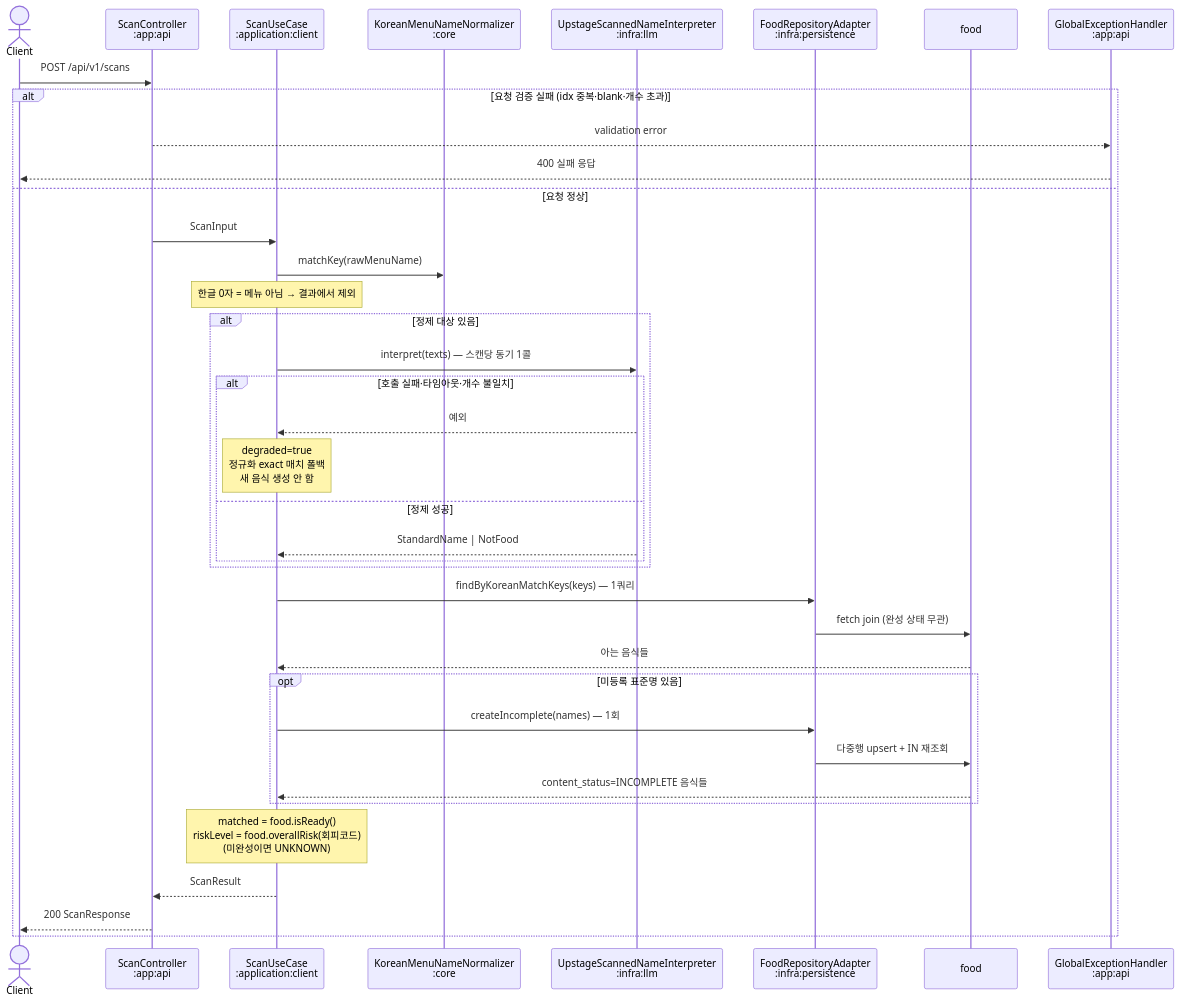
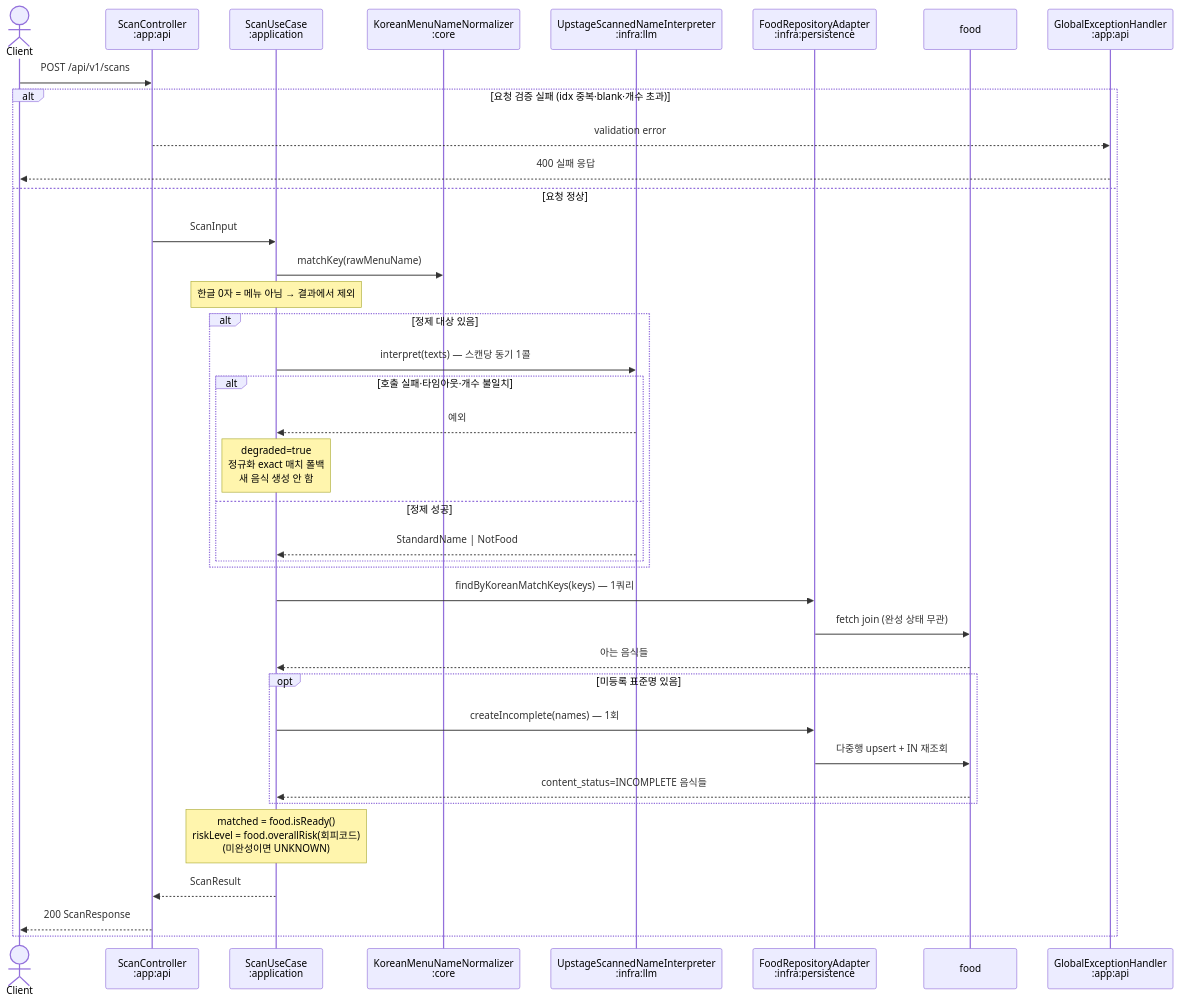
The third of 3 diagrams in docs/architecture/api-request-flows.md (team-skyjs/kbap-server), drawn with Mermaid before and after one commit. The commit also changed other lines of this file and 138 other files, not shown here.

First line of the commit message:
refactor(application): :application:client 하위 모듈을 :application 단일 모듈로 평탄화

````diff
--- a/docs/architecture/api-request-flows.md
+++ b/docs/architecture/api-request-flows.md
@@ -106,45 +106,45 @@
 ```mermaid
 sequenceDiagram
     actor Client
     participant Controller as ScanController<br/>:app:api
-    participant UseCase as ScanUseCase<br/>:application:client
+    participant UseCase as ScanUseCase<br/>:application
     participant Kernel as KoreanMenuNameNormalizer<br/>:core
     participant Llm as UpstageScannedNameInterpreter<br/>:infra:llm
     participant Persistence as FoodRepositoryAdapter<br/>:infra:persistence
     participant DB as food
     participant Error as GlobalExceptionHandler<br/>:app:api
 
     Client->>Controller: POST /api/v1/scans
     alt 요청 검증 실패 (idx 중복·blank·개수 초과)
         Controller-->>Error: validation error
         Error-->>Client: 400 실패 응답
     else 요청 정상
         Controller->>UseCase: ScanInput
         UseCase->>Kernel: matchKey(rawMenuName)
         Note over UseCase: 한글 0자 = 메뉴 아님 → 결과에서 제외
 
         alt 정제 대상 있음
             UseCase->>Llm: interpret(texts) — 스캔당 동기 1콜
             alt 호출 실패·타임아웃·개수 불일치
                 Llm-->>UseCase: 예외
                 Note over UseCase: degraded=true<br/>정규화 exact 매치 폴백<br/>새 음식 생성 안 함
             else 정제 성공
                 Llm-->>UseCase: StandardName | NotFood
             end
         end
 
         UseCase->>Persistence: findByKoreanMatchKeys(keys) — 1쿼리
         Persistence->>DB: fetch join (완성 상태 무관)
         DB-->>UseCase: 아는 음식들
 
         opt 미등록 표준명 있음
             UseCase->>Persistence: createIncomplete(names) — 1회
             Persistence->>DB: 다중행 upsert + IN 재조회
             DB-->>UseCase: content_status=INCOMPLETE 음식들
         end
 
         Note over UseCase: matched = food.isReady()<br/>riskLevel = food.overallRisk(회피코드)<br/>(미완성이면 UNKNOWN)
         UseCase-->>Controller: ScanResult
         Controller-->>Client: 200 ScanResponse
     end
 ```
````
